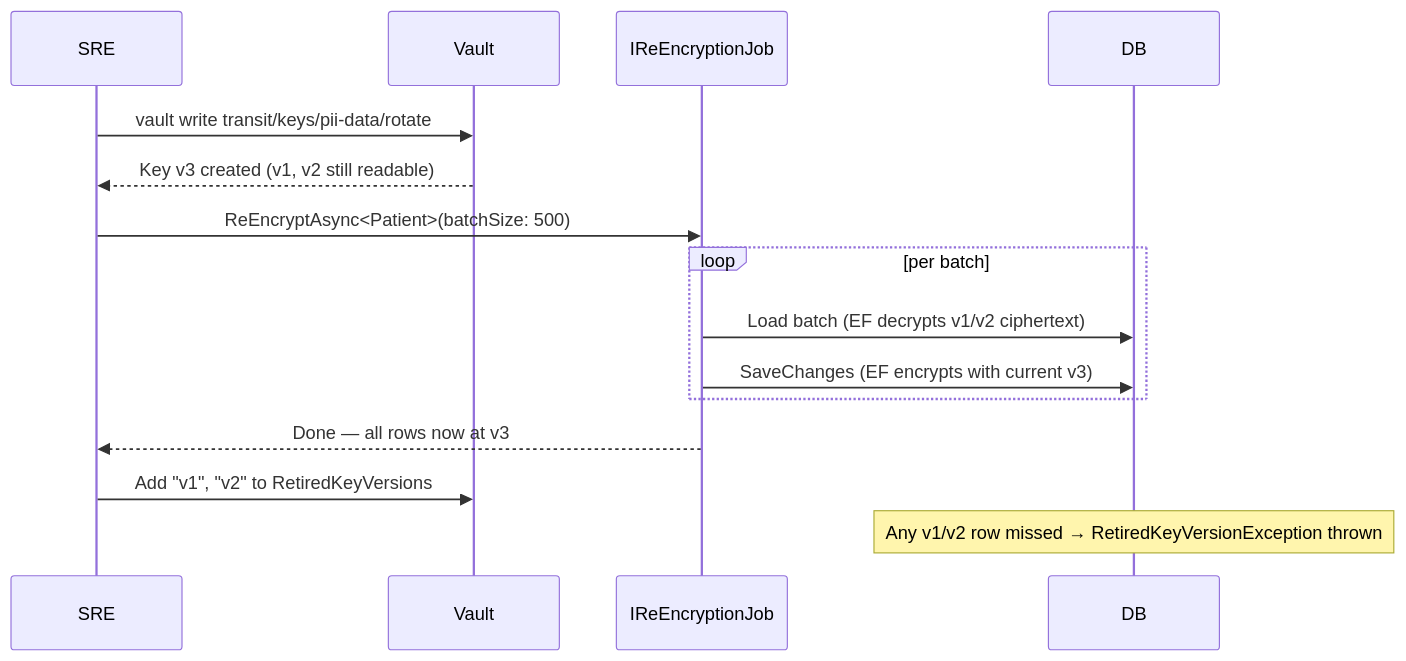
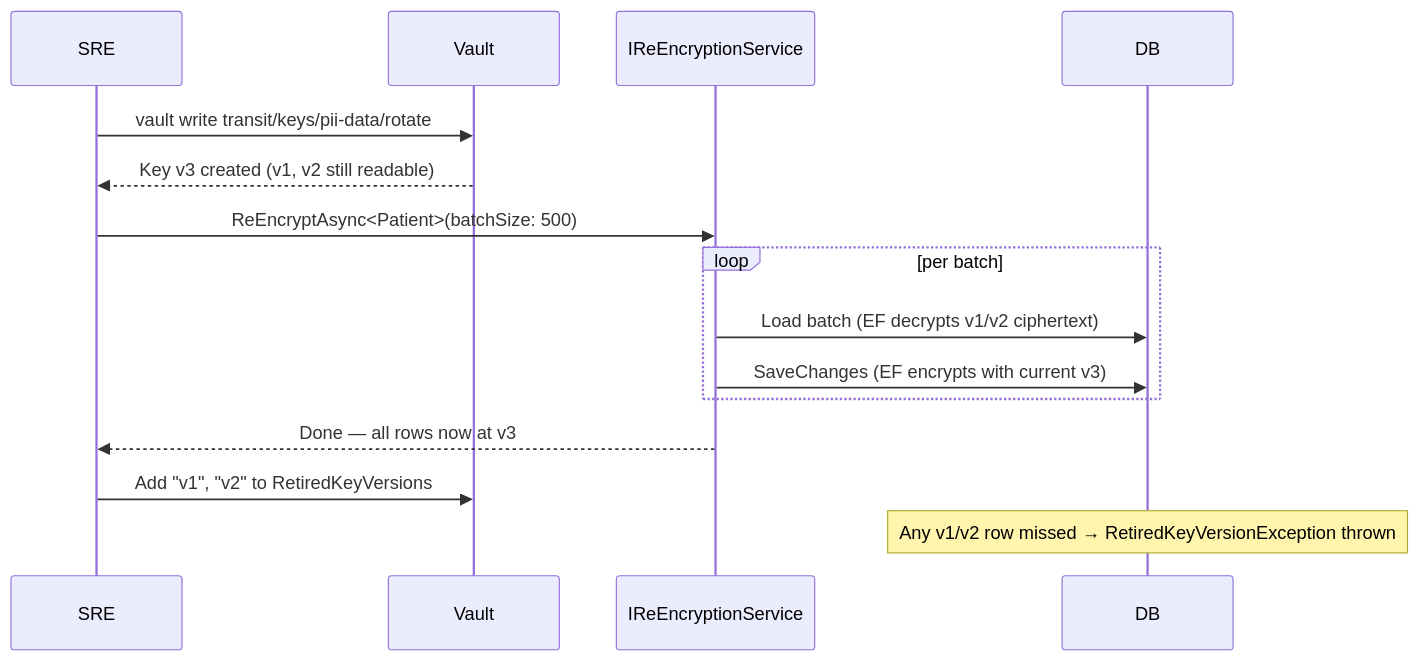
Before and after one commit to granit-fx/granit-docs: the diagram in src/content/docs/dotnet/data/encryption.mdx, drawn with Mermaid. The commit also changed other lines of this file and 10 other files, not shown here.

````diff
--- a/src/content/docs/dotnet/data/encryption.mdx
+++ b/src/content/docs/dotnet/data/encryption.mdx
@@ -268,18 +271,18 @@
 ```mermaid
 sequenceDiagram
     participant SRE
     participant Vault
-    participant Job as IReEncryptionJob
+    participant Job as IReEncryptionService
     participant DB
 
     SRE->>Vault: vault write transit/keys/pii-data/rotate
     Vault-->>SRE: Key v3 created (v1, v2 still readable)
     SRE->>Job: ReEncryptAsync<Patient>(batchSize: 500)
     loop per batch
         Job->>DB: Load batch (EF decrypts v1/v2 ciphertext)
         Job->>DB: SaveChanges (EF encrypts with current v3)
     end
     Job-->>SRE: Done — all rows now at v3
     SRE->>Vault: Add "v1", "v2" to RetiredKeyVersions
     Note over DB: Any v1/v2 row missed → RetiredKeyVersionException thrown
 ```
````
